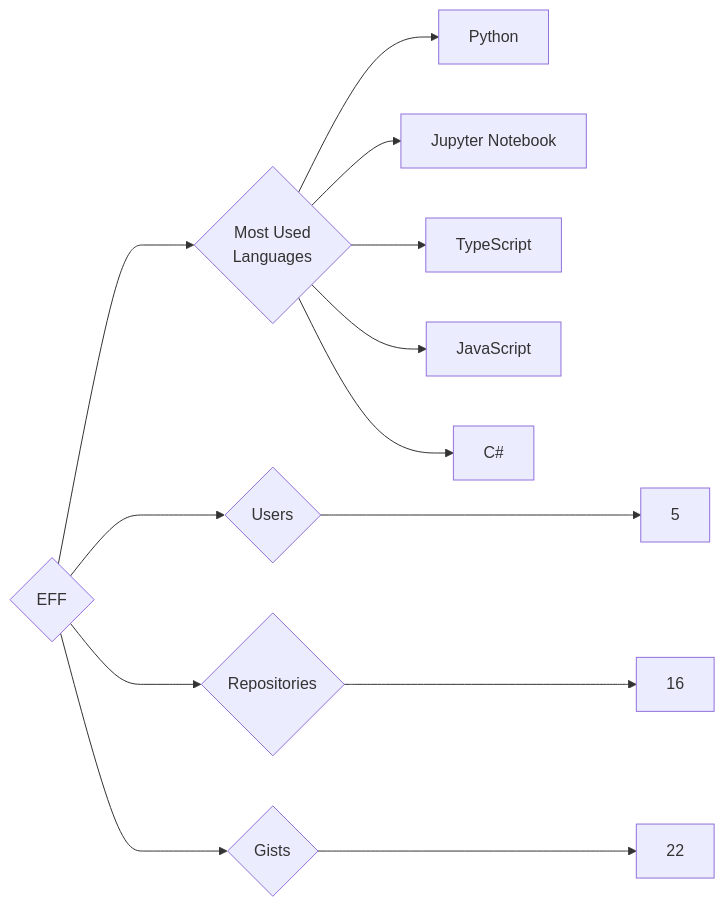
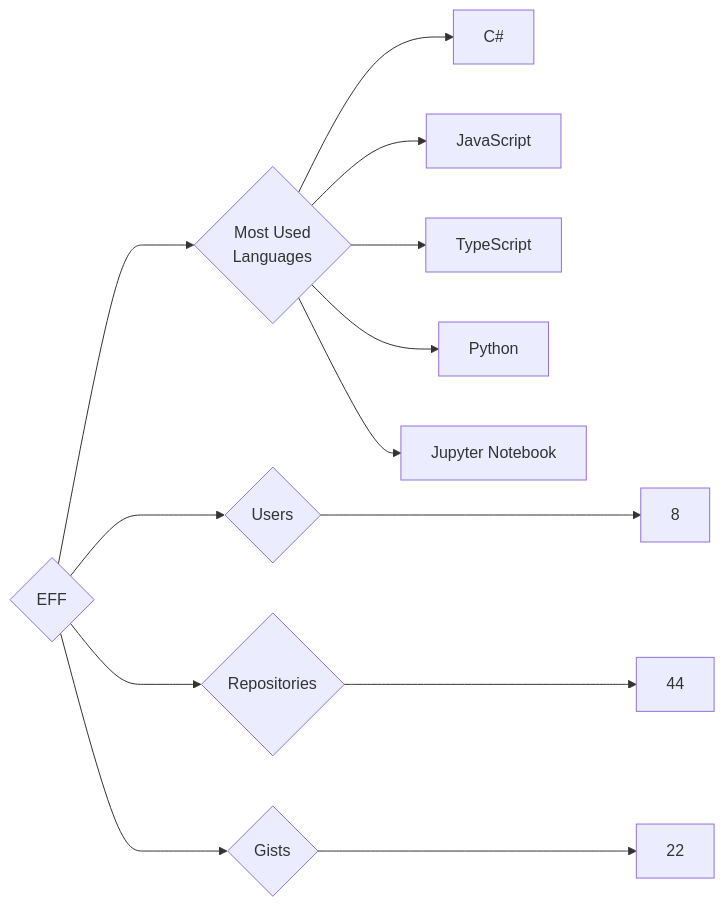
Before and after one commit to trickest/insiders: the diagram in targets/EFF/README.md, drawn with Mermaid. The commit also changed 882 other files, not shown here.

````diff
--- a/targets/EFF/README.md
+++ b/targets/EFF/README.md
@@ -3,13 +3,13 @@
 ```mermaid
 graph LR
 COMPANY_NAME{EFF}
-COMPANY_NAME ---> U{Users} ---> UN[5]
-COMPANY_NAME ---> R{Repositories} ---> RN[16]
+COMPANY_NAME ---> U{Users} ---> UN[8]
+COMPANY_NAME ---> R{Repositories} ---> RN[44]
 COMPANY_NAME ---> G{Gists} ---> GN[22]
 COMPANY_NAME ---> ML{Most Used<br>Languages}
+ML --> C#[C#]
+ML --> JavaScript[JavaScript]
+ML --> TypeScript[TypeScript]
 ML --> Python[Python]
 ML --> Jupyter_Notebook[Jupyter Notebook]
-ML --> TypeScript[TypeScript]
-ML --> JavaScript[JavaScript]
-ML --> C#[C#]
 ```
````
